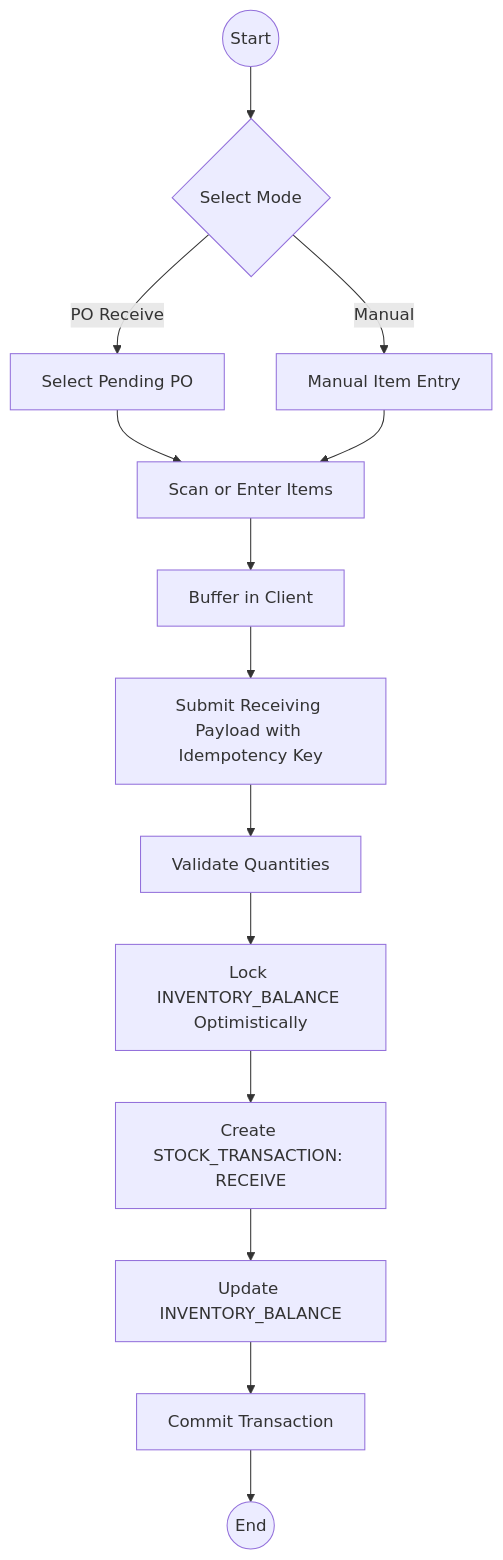
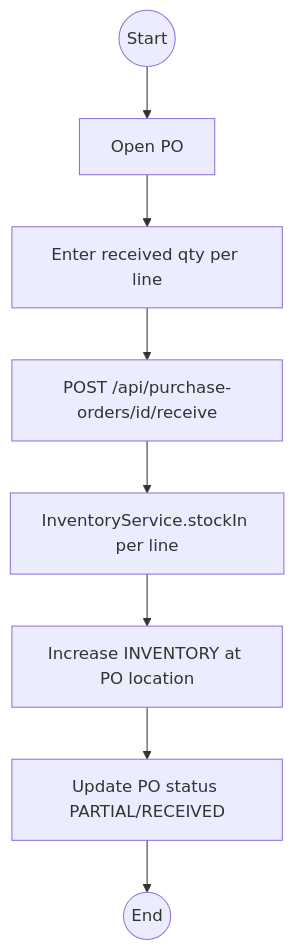
Before and after one commit to kirtika-0102/StockSmart: the fourth of 11 diagrams in docs/application-flow.md, drawn with Mermaid. The commit also changed other lines of this file and 74 other files, not shown here.

Commit message:
architecture of application

````diff
--- a/docs/application-flow.md
+++ b/docs/application-flow.md
@@ -108,16 +43,10 @@
 ```mermaid
 flowchart TD
-    Start((Start)) --> SelectMode{Select Mode}
-    SelectMode -- PO Receive --> SelectPO[Select Pending PO]
-    SelectMode -- Manual --> ManualEntry[Manual Item Entry]
-    SelectPO --> ScanItems[Scan or Enter Items]
-    ManualEntry --> ScanItems
-    ScanItems --> BufferClient[Buffer in Client]
-    BufferClient --> SubmitReceive[Submit Receiving Payload with Idempotency Key]
-    SubmitReceive --> ValidateQty[Validate Quantities]
-    ValidateQty --> LockDB[Lock INVENTORY_BALANCE Optimistically]
-    LockDB --> CreateTrans[Create STOCK_TRANSACTION: RECEIVE]
-    CreateTrans --> UpdateBal[Update INVENTORY_BALANCE]
-    UpdateBal --> SaveDB[Commit Transaction]
-    SaveDB --> End((End))
+    Start((Start)) --> SelectPO[Open PO]
+    SelectPO --> Receive[Enter received qty per line]
+    Receive --> API[POST /api/purchase-orders/id/receive]
+    API --> Svc[InventoryService.stockIn per line]
+    Svc --> Upd[Increase INVENTORY at PO location]
+    Upd --> POStatus[Update PO status PARTIAL/RECEIVED]
+    POStatus --> End((End))
 ```
````
